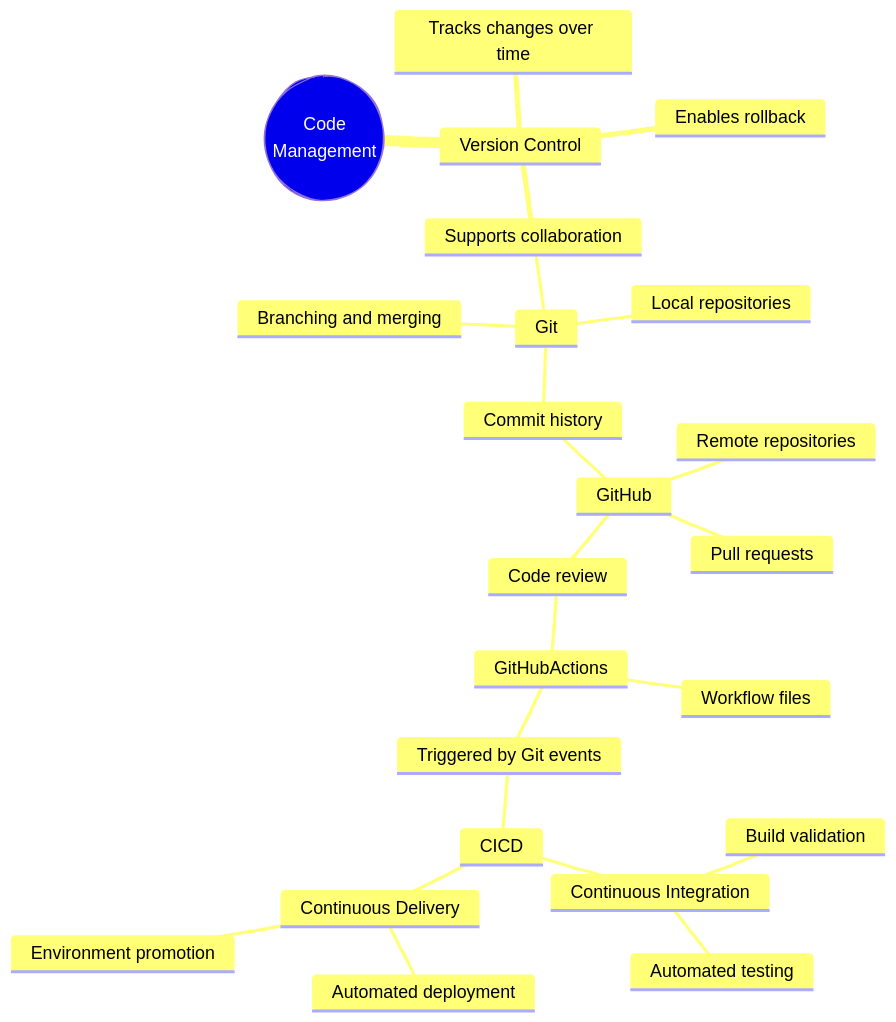
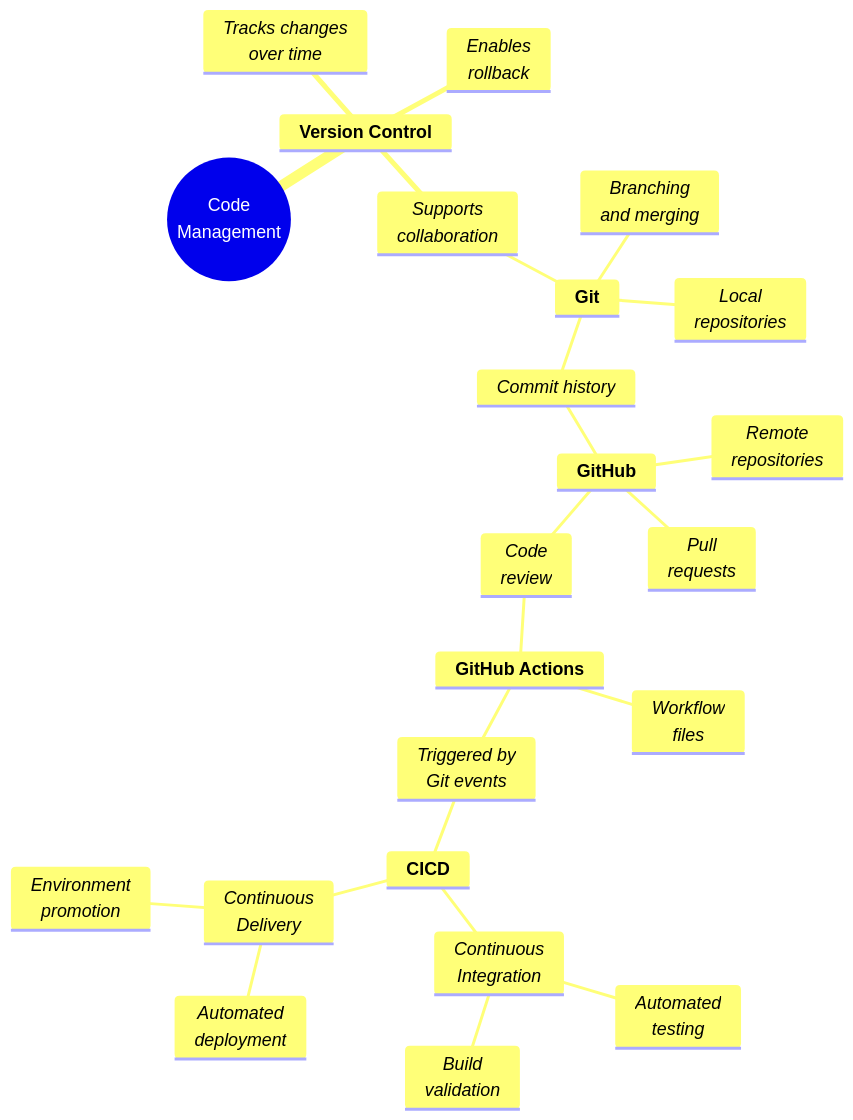
The fourth of 4 diagrams in lab5.qmd (mjfrigaard/do4ds-labs), drawn with Mermaid before and after one commit. The commit also changed other lines of this file and 12 other files, not shown here.

````diff
--- a/lab5.qmd
+++ b/lab5.qmd
@@ -235,32 +221,32 @@
 ```{mermaid}
 %%| fig-cap: 'Git, GitHub, CI/CD, Actions, & Version Control'
 %%| fig-width: 7.0
 %%| fig-align: center
-%%{init: {'look': 'handDrawn', 'themeVariables': { 'fontFamily': 'monospace', "fontSize":"18px"}}}%%
+%%{init: {'theme': 'default', 'themeVariables': { 'fontFamily': 'monospace', "fontSize":"18px"}}}%%
 
 mindmap
   root((Code<br>Management))
-    Version Control
-      Tracks changes over time
-      Enables rollback
-      Supports collaboration
-        Git
-          Local repositories
-          Branching and merging
-          Commit history
-            GitHub
-              Remote repositories
-              Pull requests
-              Code review
-                GitHubActions
-                  Workflow files
-                  Triggered by Git events
-                    CICD
-                      Continuous Integration
-                        Automated testing
-                        Build validation
-                      Continuous Delivery
-                        Automated deployment
-                        Environment promotion
+    <strong>Version Control</strong>
+      <em>Tracks changes<br>over time</em>
+      <em>Enables<br>rollback</em>
+      <em>Supports<br>collaboration</em>
+        <strong>Git</strong>
+          <em>Local<br>repositories</em>
+          <em>Branching<br>and merging</em>
+          <em>Commit history</em>
+            <strong>GitHub</strong>
+              <em>Remote<br>repositories</em>
+              <em>Pull<br>requests</em>
+              <em>Code<br>review</em>
+                <strong>GitHub Actions</strong>
+                  <em>Workflow<br>files</em>
+                  <em>Triggered by<br>Git events</em>
+                    <strong>CICD</strong>
+                      <em>Continuous<br>Integration</em>
+                        <em>Automated<br>testing</em>
+                        <em>Build<br>validation</em>
+                      <em>Continuous<br>Delivery</em>
+                        <em>Automated<br>deployment</em>
+                        <em>Environment<br>promotion</em>
 
 ```
````
